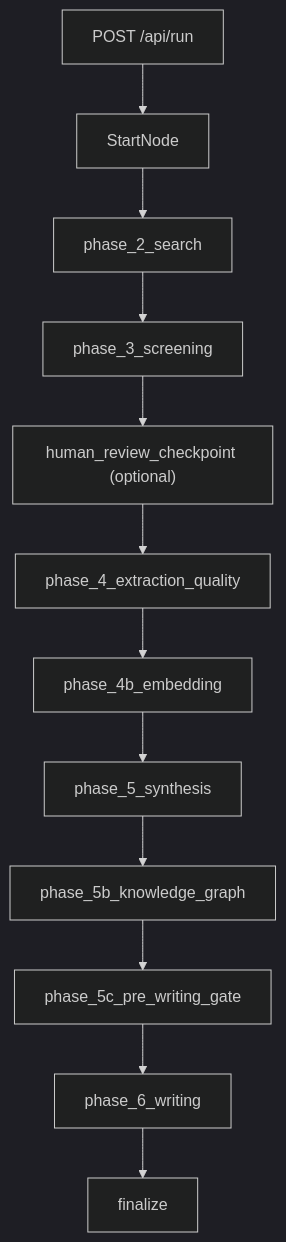
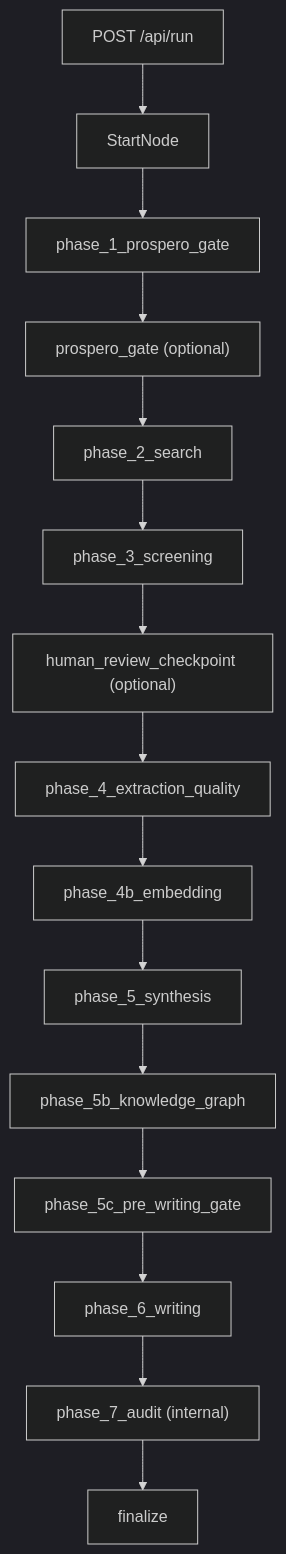
One commit to parthchandak02/literature-review-assistant changed the diagram in .cursor/docs/PIPELINE.md. Above: the diagram before and after it, drawn with Mermaid (dark theme). The commit also changed other lines of this file and 122 other files, not shown here.

First line of the commit message:
feat: PROSPERO gate, workflow drafts, Scopus session search, and run UI hardening

````diff
--- a/.cursor/docs/PIPELINE.md
+++ b/.cursor/docs/PIPELINE.md
@@ -36,14 +36,17 @@
 ```mermaid
 flowchart TD
     postRun["POST /api/run"] --> startNode["StartNode"]
-    startNode --> phase2["phase_2_search"]
+    startNode --> phase1["phase_1_prospero_gate"]
+    phase1 --> prosperoGate["prospero_gate (optional)"]
+    prosperoGate --> phase2["phase_2_search"]
     phase2 --> phase3["phase_3_screening"]
     phase3 --> reviewGate["human_review_checkpoint (optional)"]
     reviewGate --> phase4["phase_4_extraction_quality"]
     phase4 --> phase4b["phase_4b_embedding"]
     phase4b --> phase5["phase_5_synthesis"]
     phase5 --> phase5b["phase_5b_knowledge_graph"]
     phase5b --> phase5c["phase_5c_pre_writing_gate"]
     phase5c --> phase6["phase_6_writing"]
-    phase6 --> finalize["finalize"]
+    phase6 --> phase7["phase_7_audit (internal)"]
+    phase7 --> finalize["finalize"]
 ```
````
